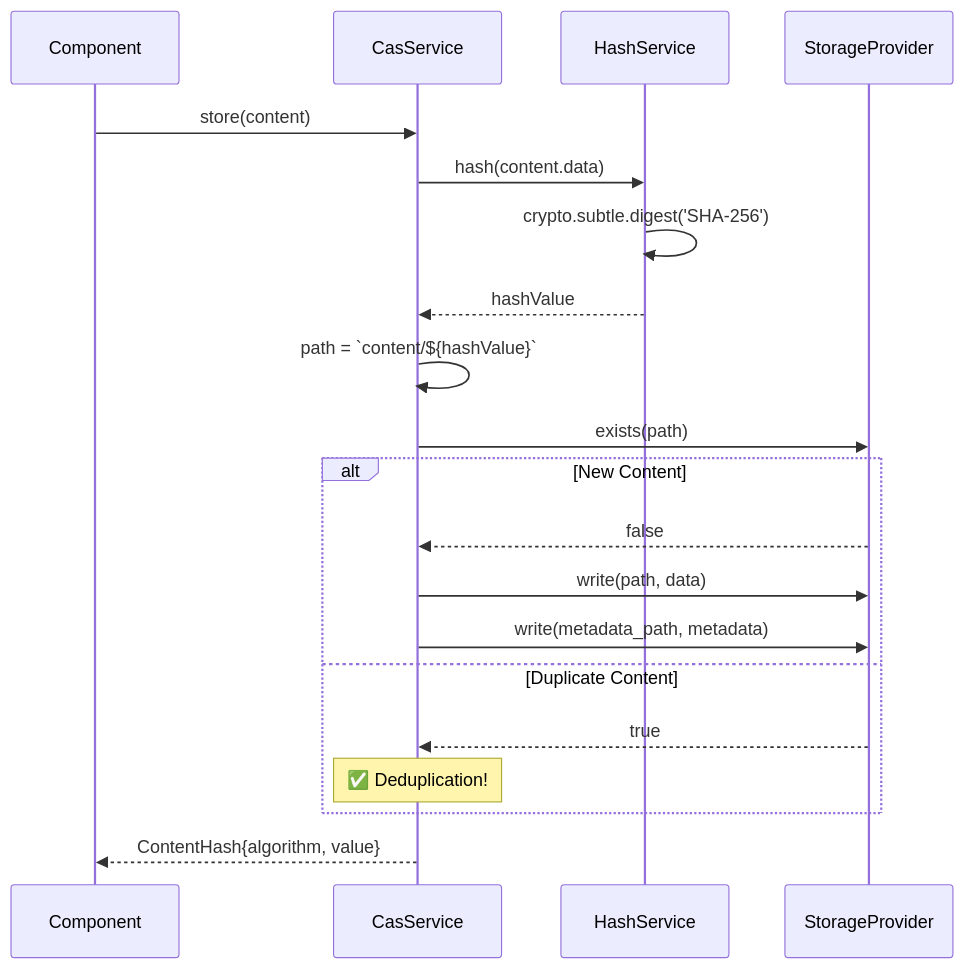
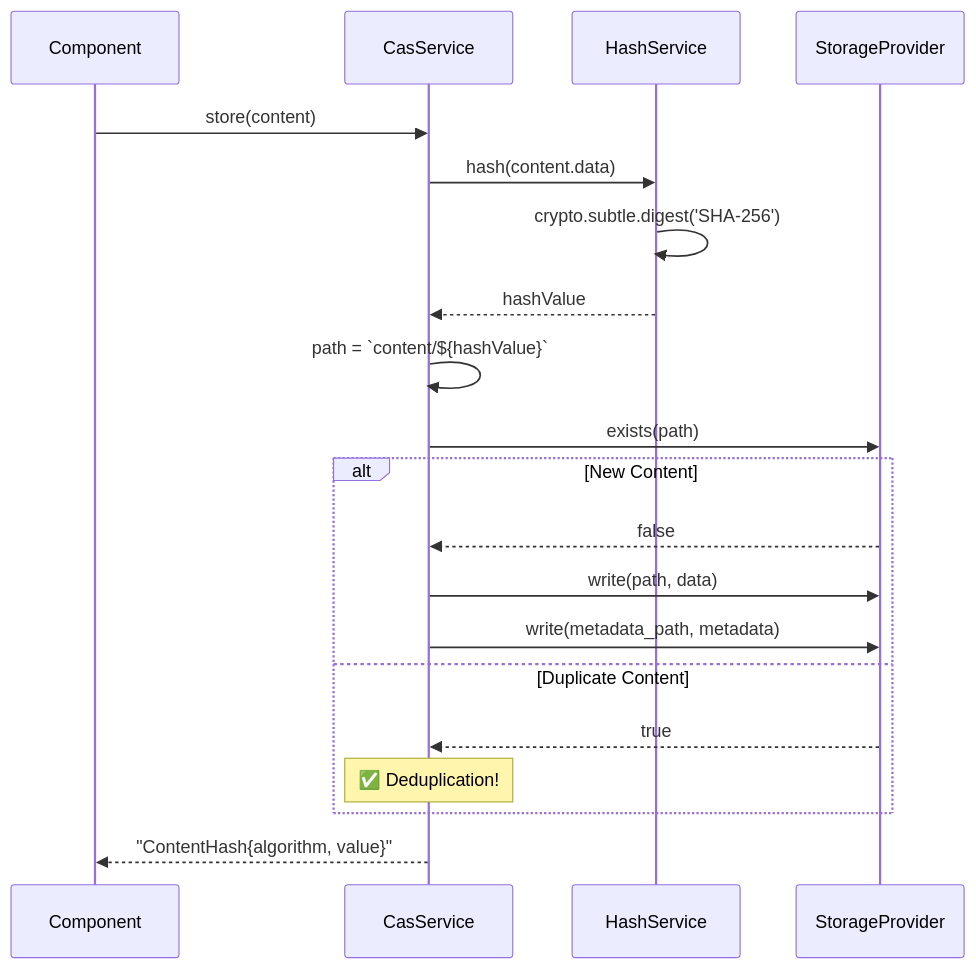
One commit to o2alexanderfedin/angular-cas-disot changed the seventh of 13 diagrams in docs/architecture/service-architecture.md. Above: the diagram before and after it, drawn with Mermaid. The commit also changed other lines of this file and 1 other file, not shown here.

First line of the commit message:
fix: quote all special characters in Mermaid diagrams

````diff
--- a/docs/architecture/service-architecture.md
+++ b/docs/architecture/service-architecture.md
@@ -164,26 +164,26 @@
 ```mermaid
 sequenceDiagram
     participant Component
     participant CasService
     participant HashService
     participant StorageProvider
     
     Component->>CasService: store(content)
     CasService->>HashService: hash(content.data)
     HashService->>HashService: crypto.subtle.digest('SHA-256')
     HashService-->>CasService: hashValue
     
     CasService->>CasService: path = `content/${hashValue}`
     
     CasService->>StorageProvider: exists(path)
     alt New Content
         StorageProvider-->>CasService: false
         CasService->>StorageProvider: write(path, data)
         CasService->>StorageProvider: write(metadata_path, metadata)
     else Duplicate Content
         StorageProvider-->>CasService: true
         Note over CasService: ✅ Deduplication!
     end
     
-    CasService-->>Component: ContentHash{algorithm, value}
+    CasService-->>Component: "ContentHash{algorithm, value}"
 ```
````
